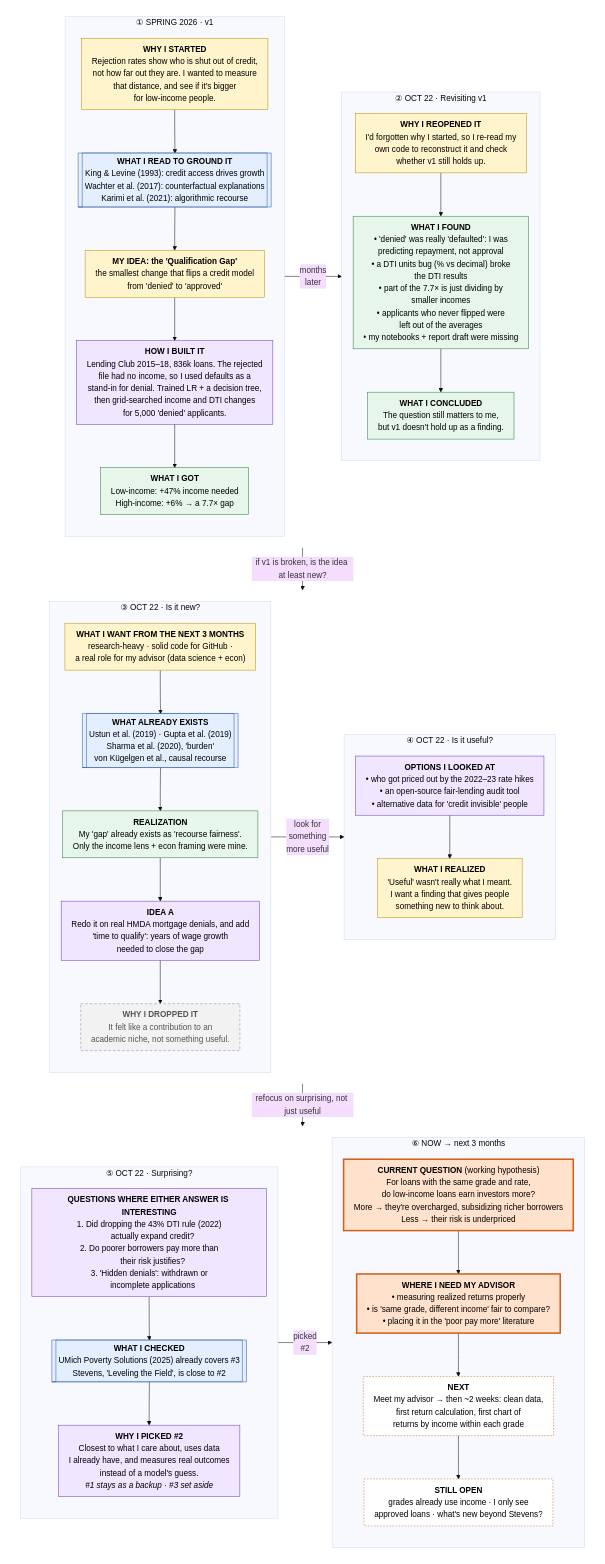
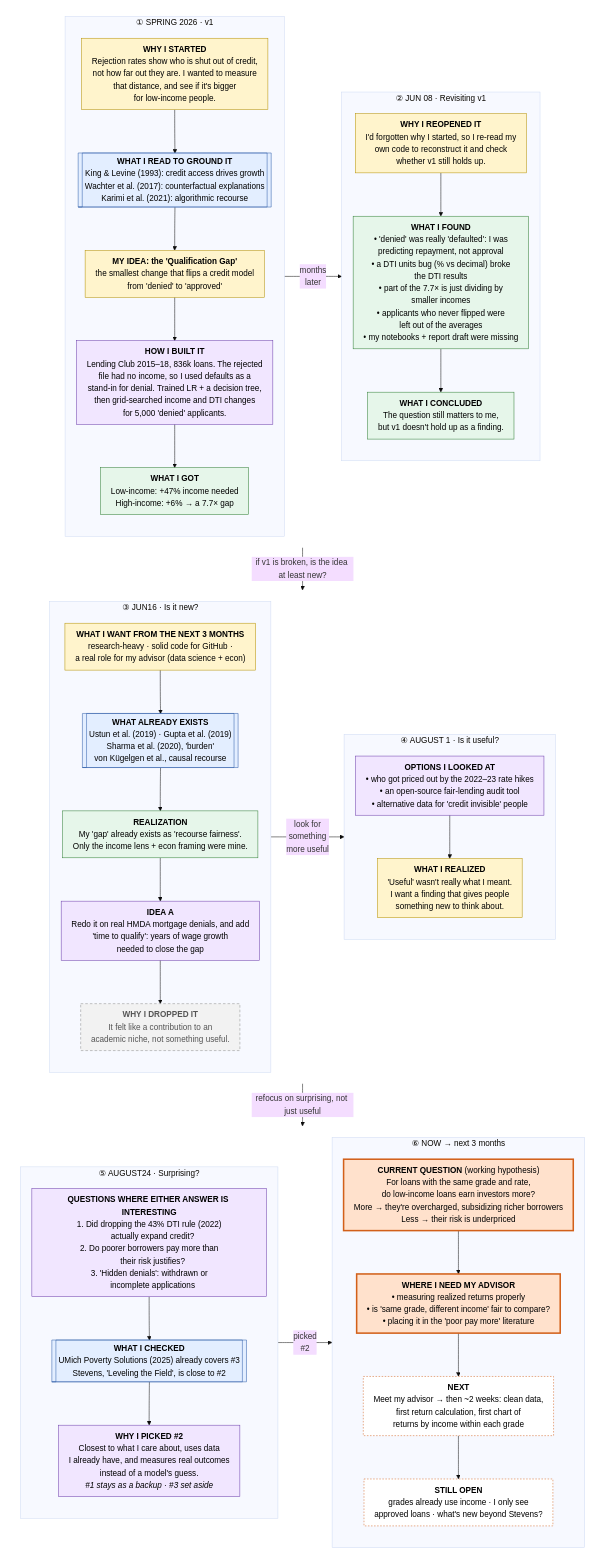
Before and after one commit to sash026/who-pays-for-risk: the diagram in README.md, drawn with Mermaid (base theme).

Commit message:
formatting issues fixed

```diff
--- a/README.md
+++ b/README.md
@@ -15,7 +15,7 @@
     A0 --> A1 --> A2 --> A3 --> A4
   end
 
-  subgraph P1["② OCT 22 · Revisiting v1"]
+  subgraph P1["② JUN 08 · Revisiting v1"]
     direction TB
     B0["<b>WHY I REOPENED IT</b><br/>I'd forgotten why I started, so I re-read my<br/>own code to reconstruct it and check<br/>whether v1 still holds up."]
     B1["<b>WHAT I FOUND</b><br/>• 'denied' was really 'defaulted': I was<br/>  predicting repayment, not approval<br/>• a DTI units bug (% vs decimal) broke<br/>  the DTI results<br/>• part of the 7.7× is just dividing by<br/>  smaller incomes<br/>• applicants who never flipped were<br/>  left out of the averages<br/>• my notebooks + report draft were missing"]
@@ -29,7 +29,7 @@
 subgraph ROW2[" "]
   direction LR
 
-  subgraph P2["③ OCT 22 · Is it new?"]
+  subgraph P2["③ JUN16 · Is it new?"]
     direction TB
     C0["<b>WHAT I WANT FROM THE NEXT 3 MONTHS</b><br/>research-heavy · solid code for GitHub ·<br/>a real role for my advisor (data science + econ)"]
     C1[["<b>WHAT ALREADY EXISTS</b><br/>Ustun et al. (2019) · Gupta et al. (2019)<br/>Sharma et al. (2020), 'burden'<br/>von Kügelgen et al., causal recourse"]]
@@ -39,7 +39,7 @@
     C0 --> C1 --> C2 --> C3 --> C4
   end
 
-  subgraph P3["④ OCT 22 · Is it useful?"]
+  subgraph P3["④ AUGUST 1 · Is it useful?"]
     direction TB
     D0["<b>OPTIONS I LOOKED AT</b><br/>• who got priced out by the 2022–23 rate hikes<br/>• an open-source fair-lending audit tool<br/>• alternative data for 'credit invisible' people"]
     D1["<b>WHAT I REALIZED</b><br/>'Useful' wasn't really what I meant.<br/>I want a finding that gives people<br/>something new to think about."]
@@ -52,7 +52,7 @@
 subgraph ROW3[" "]
   direction LR
 
-  subgraph P4["⑤ OCT 22 · Surprising?"]
+  subgraph P4["⑤ AUGUST24 · Surprising?"]
     direction TB
     E0["<b>QUESTIONS WHERE EITHER ANSWER IS INTERESTING</b><br/>1. Did dropping the 43% DTI rule (2022)<br/>   actually expand credit?<br/>2. Do poorer borrowers pay more than<br/>   their risk justifies?<br/>3. 'Hidden denials': withdrawn or<br/>   incomplete applications"]
     E1[["<b>WHAT I CHECKED</b><br/>UMich Poverty Solutions (2025) already covers #3<br/>Stevens, 'Leveling the Field', is close to #2"]]
```
